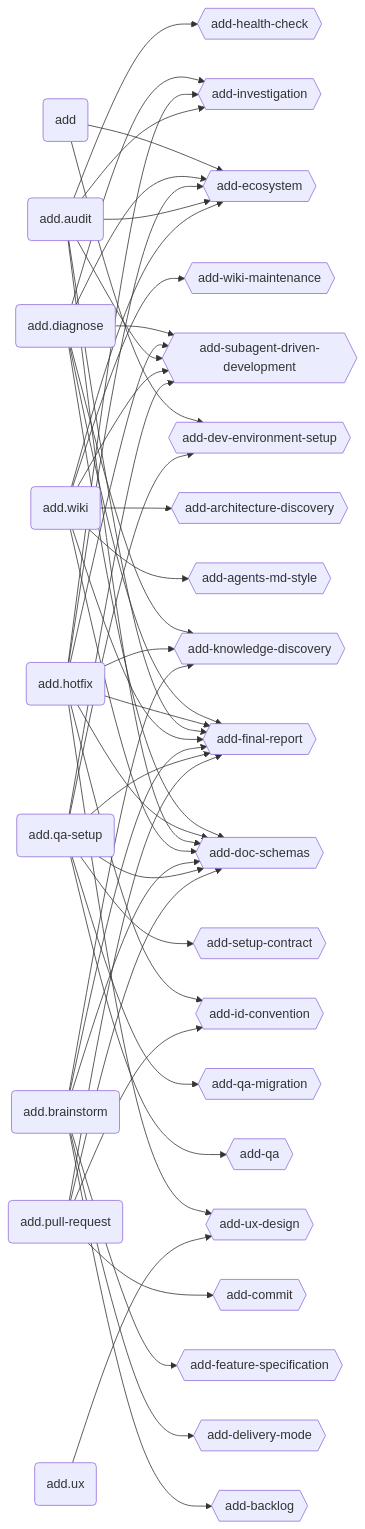
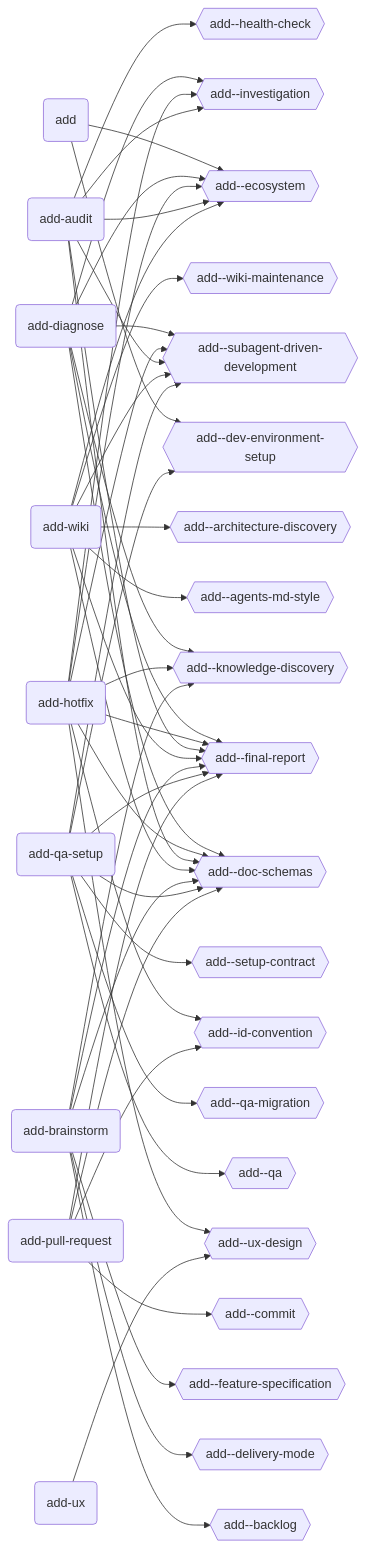
One commit to brabos-ai/code-addiction changed the second of 3 diagrams in ecosystem.md. Above: the diagram before and after it, drawn with Mermaid. The commit also changed other lines of this file and 381 other files, not shown here.

````diff
--- a/ecosystem.md
+++ b/ecosystem.md
@@ -48,43 +48,43 @@
 ```mermaid
 graph LR
   ADD(add)
-  DIAGNOSE(add.diagnose)
-  HOTFIX(add.hotfix)
-  AUDIT(add.audit)
-  WIKI(add.wiki)
-  BRAINSTORM(add.brainstorm)
-  UX(add.ux)
-  QASETUP(add.qa-setup)
-  PULLREQUEST(add.pull-request)
+  DIAGNOSE(add-diagnose)
+  HOTFIX(add-hotfix)
+  AUDIT(add-audit)
+  WIKI(add-wiki)
+  BRAINSTORM(add-brainstorm)
+  UX(add-ux)
+  QASETUP(add-qa-setup)
+  PULLREQUEST(add-pull-request)
 
-  AGMDST{{add-agents-md-style}}
-  ARDI{{add-architecture-discovery}}
-  BALO{{add-backlog}}
-  CO{{add-commit}}
-  DEENSE{{add-dev-environment-setup}}
-  DELMO{{add-delivery-mode}}
-  DOSC{{add-doc-schemas}}
-  EC{{add-ecosystem}}
-  FESP{{add-feature-specification}}
-  FINR{{add-final-report}}
-  HECH{{add-health-check}}
-  IDCO{{add-id-convention}}
-  IN{{add-investigation}}
-  KNDI{{add-knowledge-discovery}}
-  QA{{add-qa}}
-  QAMI{{add-qa-migration}}
-  SECO{{add-setup-contract}}
-  SDDA{{add-subagent-driven-development}}
-  UXDE{{add-ux-design}}
-  WIMA{{add-wiki-maintenance}}
+  AGMDST{{add--agents-md-style}}
+  ARDI{{add--architecture-discovery}}
+  BALO{{add--backlog}}
+  CO{{add--commit}}
+  DEENSE{{add--dev-environment-setup}}
+  DELMO{{add--delivery-mode}}
+  DOSC{{add--doc-schemas}}
+  EC{{add--ecosystem}}
+  FESP{{add--feature-specification}}
+  FINR{{add--final-report}}
+  HECH{{add--health-check}}
+  IDCO{{add--id-convention}}
+  IN{{add--investigation}}
+  KNDI{{add--knowledge-discovery}}
+  QA{{add--qa}}
+  QAMI{{add--qa-migration}}
+  SECO{{add--setup-contract}}
+  SDDA{{add--subagent-driven-development}}
+  UXDE{{add--ux-design}}
+  WIMA{{add--wiki-maintenance}}
 
   ADD --> DEENSE & EC
   DIAGNOSE --> DOSC & EC & FINR & IN & KNDI & SDDA
   HOTFIX --> DOSC & EC & FINR & IDCO & IN & KNDI & SDDA & UXDE
   AUDIT --> DOSC & EC & FINR & HECH & IN & SDDA
   WIKI --> AGMDST & ARDI & DOSC & EC & FINR & SDDA & WIMA
   BRAINSTORM --> BALO & DELMO & DOSC & FESP & FINR & KNDI
   UX --> UXDE
   QASETUP --> DEENSE & DOSC & FINR & QA & QAMI & SECO & SDDA
   PULLREQUEST --> CO & DOSC & FINR & IDCO
 ```
````
